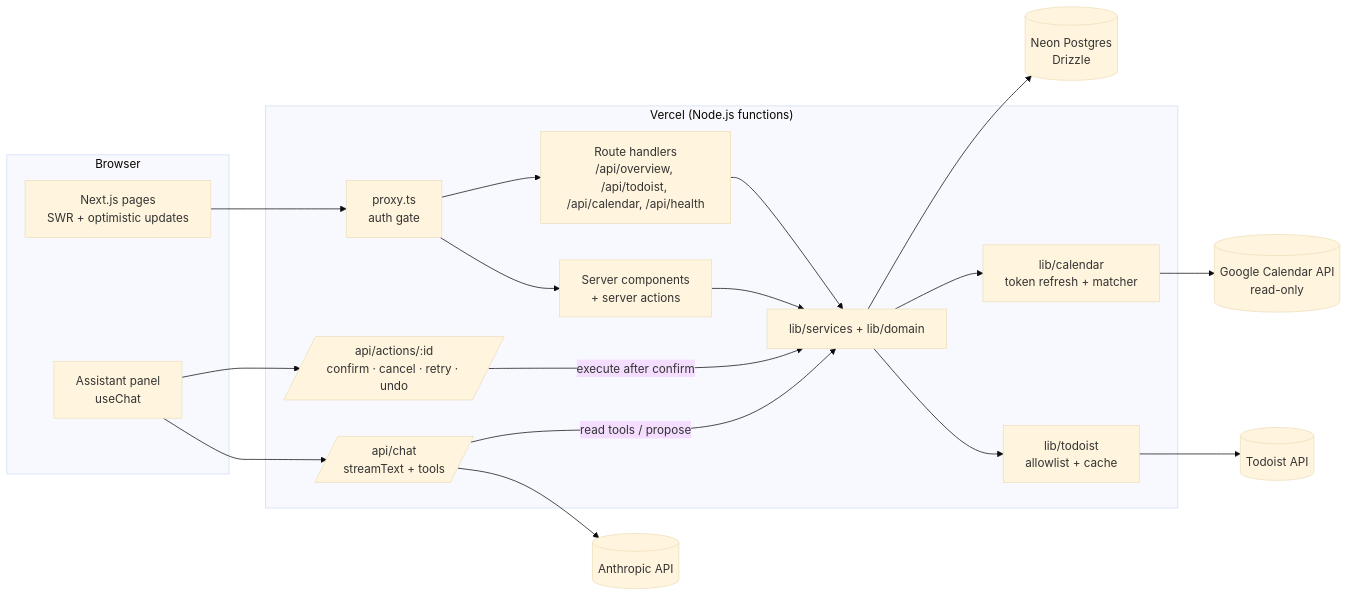
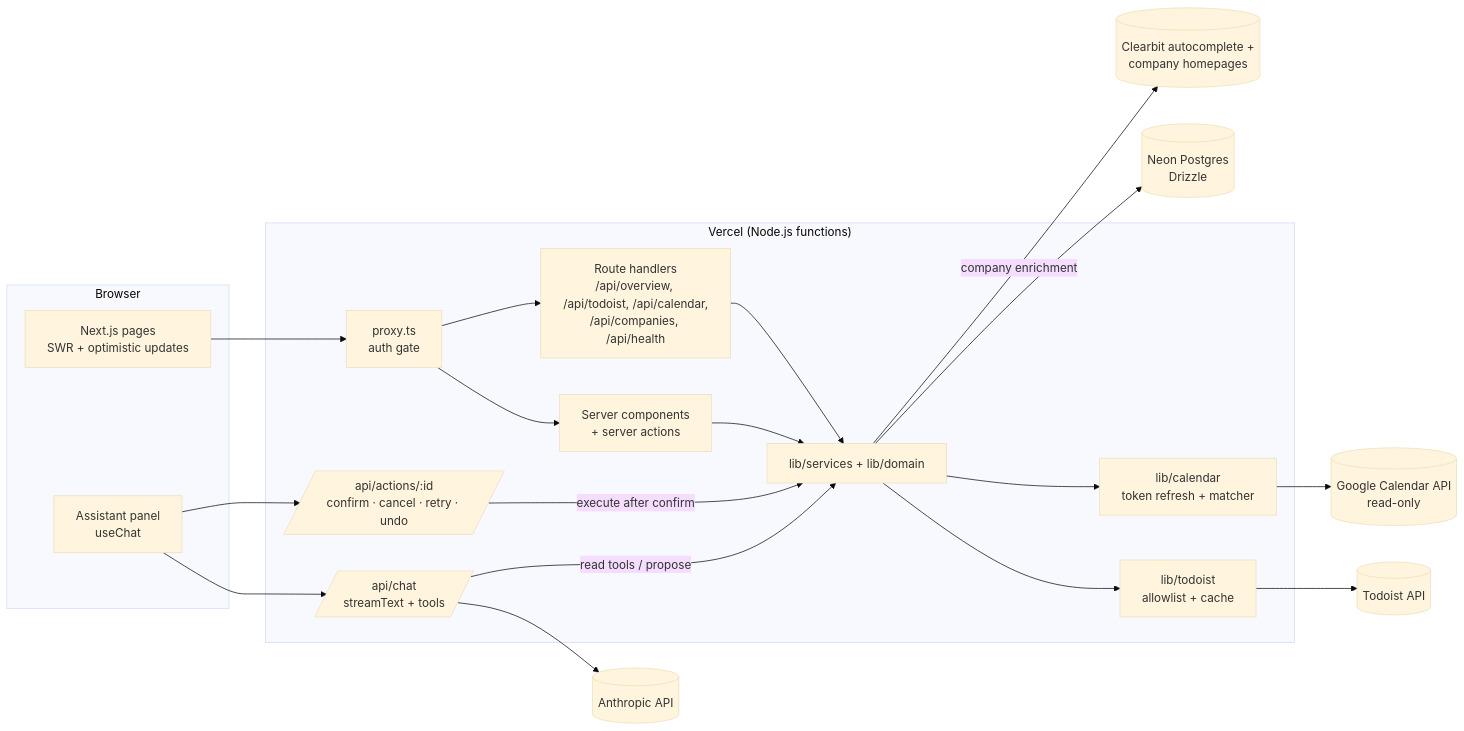
Before and after one commit to garv929/productivity-dashboard: the diagram in README.md, drawn with Mermaid (base theme). The commit also changed other lines of this file and 16 other files, not shown here.

First line of the commit message:
Company enrichment: name autocomplete, website, logo and description

````diff
--- a/README.md
+++ b/README.md
@@ -46,35 +46,37 @@
 ```mermaid
 flowchart LR
   subgraph Browser
     UI[Next.js pages<br/>SWR + optimistic updates]
     Chat[Assistant panel<br/>useChat]
   end
 
   subgraph Vercel["Vercel (Node.js functions)"]
     Proxy[proxy.ts<br/>auth gate]
     RSC[Server components<br/>+ server actions]
-    API[Route handlers<br/>/api/overview, /api/todoist, /api/calendar, /api/health]
+    API[Route handlers<br/>/api/overview, /api/todoist, /api/calendar,<br/>/api/companies, /api/health]
     ChatAPI[/api/chat<br/>streamText + tools/]
     Actions[/api/actions/:id<br/>confirm · cancel · retry · undo/]
     Services[lib/services + lib/domain]
     TD[lib/todoist<br/>allowlist + cache]
     Cal[lib/calendar<br/>token refresh + matcher]
   end
 
   DB[(Neon Postgres<br/>Drizzle)]
   Todoist[(Todoist API)]
   GCal[(Google Calendar API<br/>read-only)]
   Claude[(Anthropic API)]
+  Lookup[(Clearbit autocomplete +<br/>company homepages)]
 
   UI --> Proxy --> RSC & API
   Chat --> ChatAPI
   Chat --> Actions
   RSC --> Services
   API --> Services
   ChatAPI --> Claude
   ChatAPI -- read tools / propose --> Services
   Actions -- execute after confirm --> Services
   Services --> TD --> Todoist
   Services --> Cal --> GCal
   Services --> DB
+  Services -- company enrichment --> Lookup
 ```
````
